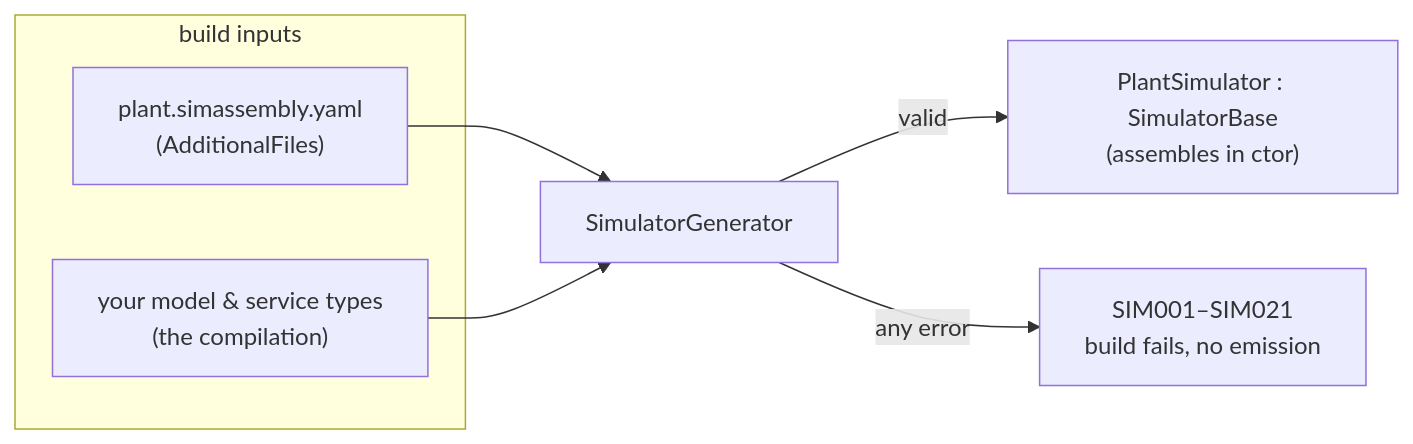
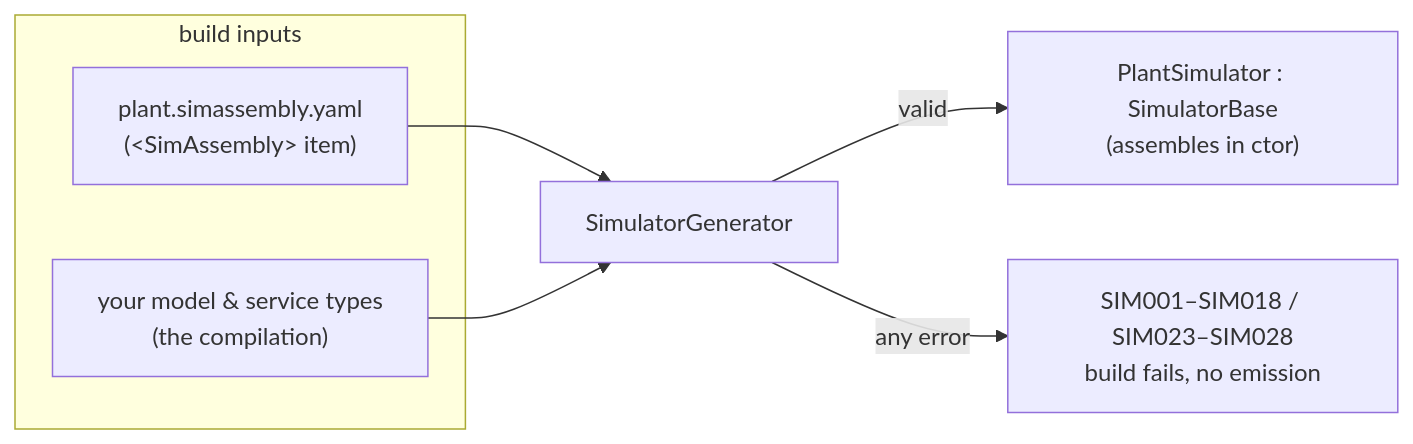
The first of 2 diagrams in public/content/the-assembly.md (SimulaSharp-org/simulasharp-docs), drawn with Mermaid before and after one commit. The commit also changed other lines of this file and 3 other files, not shown here.

Commit message:
Bring the assembly, attribute reference and lifecycle pages up to 0.5.3, generated output, SIM numbers and dispose order were wrong

````diff
--- a/public/content/the-assembly.md
+++ b/public/content/the-assembly.md
@@ -16,11 +16,11 @@
 ```mermaid
 flowchart LR
   subgraph inputs["build inputs"]
-    Y["plant.simassembly.yaml<br/>(AdditionalFiles)"]
+    Y["plant.simassembly.yaml<br/>(&lt;SimAssembly&gt; item)"]
     T["your model & service types<br/>(the compilation)"]
   end
   Y --> G["SimulatorGenerator"]
   T --> G
   G -->|"valid"| OUT["PlantSimulator : SimulatorBase<br/>(assembles in ctor)"]
-  G -->|"any error"| ERR["SIM001–SIM021<br/>build fails, no emission"]
+  G -->|"any error"| ERR["SIM001–SIM018 / SIM023–SIM028<br/>build fails, no emission"]
 ```
````
